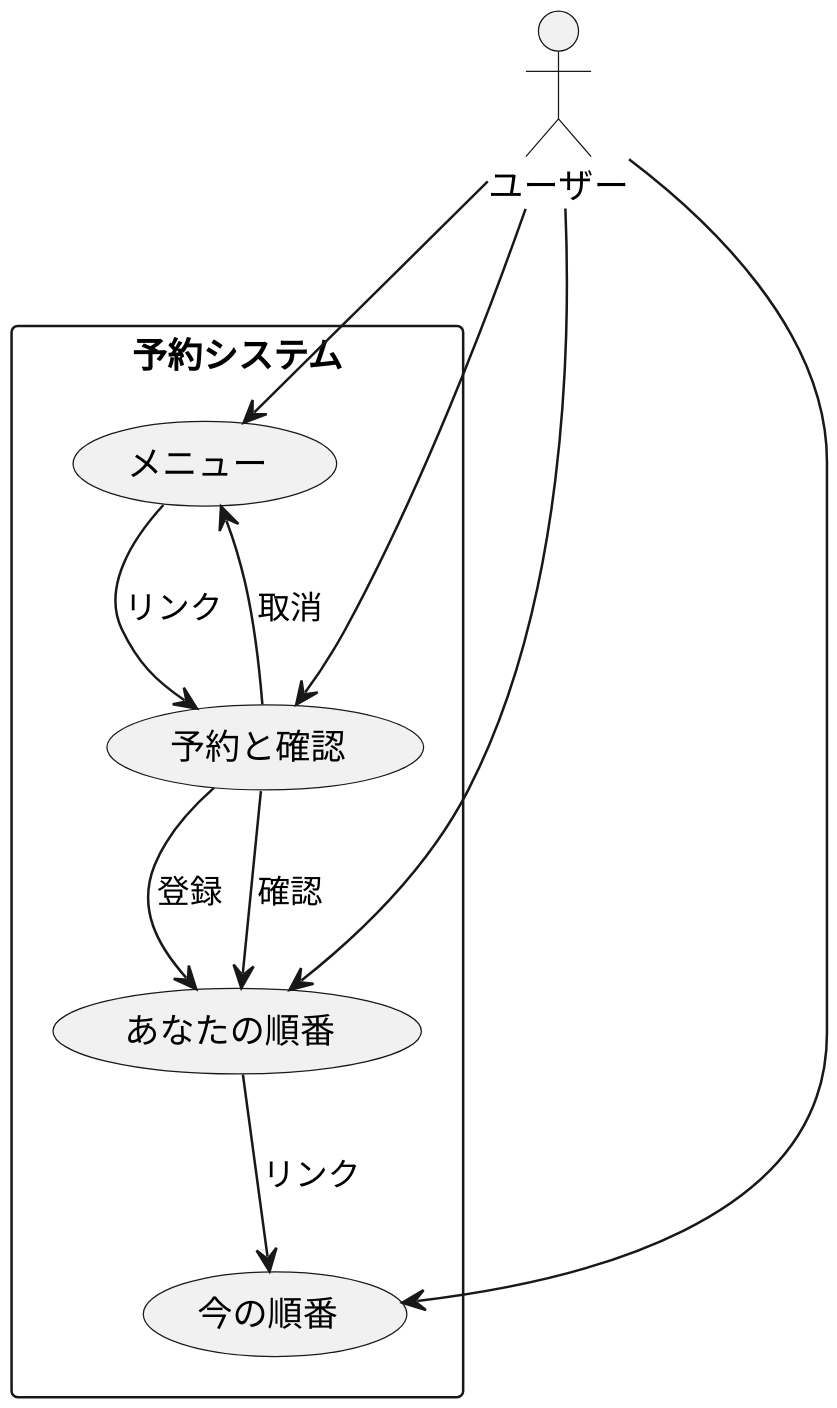
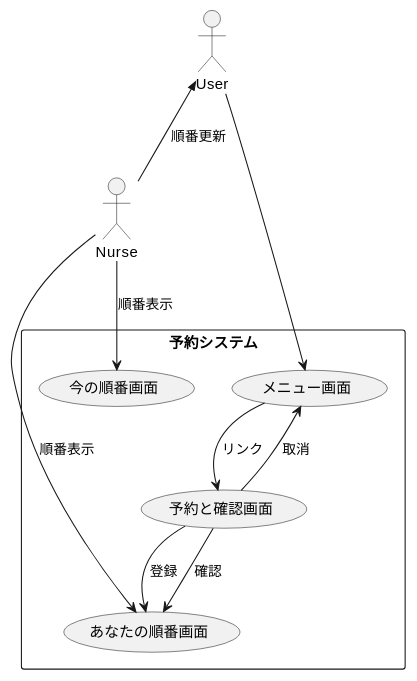
One commit to tsunokake21/UML_introduction changed the diagram in 演習6-3_ユースケース図_診察予約システム.pu. Above: the diagram before and after it, drawn with PlantUML. The commit also changed 1 other file, not shown here.

```diff
--- a/演習6-3_ユースケース図_診察予約システム.pu
+++ b/演習6-3_ユースケース図_診察予約システム.pu
@@ -1,21 +1,17 @@
 @startuml 診察予約
+actor User as User
+actor Nurse as Nurse
 
-scale 800 width
-
-actor ユーザー as User
-
-rectangle 予約システム {
-  User --> (メニュー)
-  User --> (予約と確認)
-  User --> (あなたの順番)
-  User --> (今の順番)
-  
-  (予約と確認) --> (あなたの順番) : 登録
-  (予約と確認) --> (あなたの順番) : 確認
-  (予約と確認) --> (メニュー) : 取消
-  
-  (メニュー) --> (予約と確認) : リンク
-  (あなたの順番) --> (今の順番) : リンク
+rectangle "予約システム" {
+    User --> (メニュー画面)
+    (メニュー画面) --> (予約と確認画面) : リンク
+    (予約と確認画面) --> (あなたの順番画面) : 登録
+    (予約と確認画面) --> (あなたの順番画面) : 確認
+    (予約と確認画面) --> (メニュー画面) : 取消
+    Nurse --> (あなたの順番画面) : 順番表示
+    Nurse --> (今の順番画面) : 順番表示
 }
 
+User <<-- Nurse : 順番更新
+
 @enduml
```
